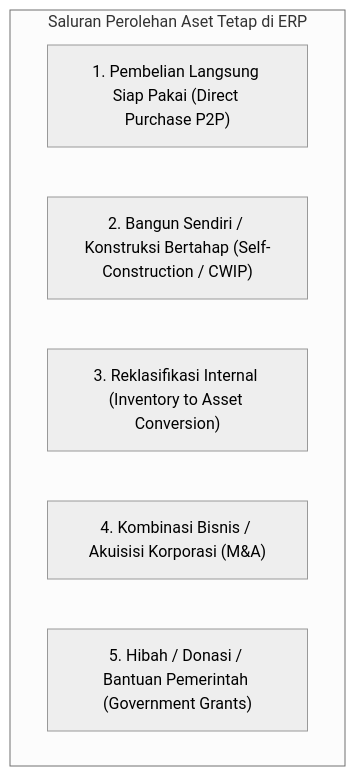
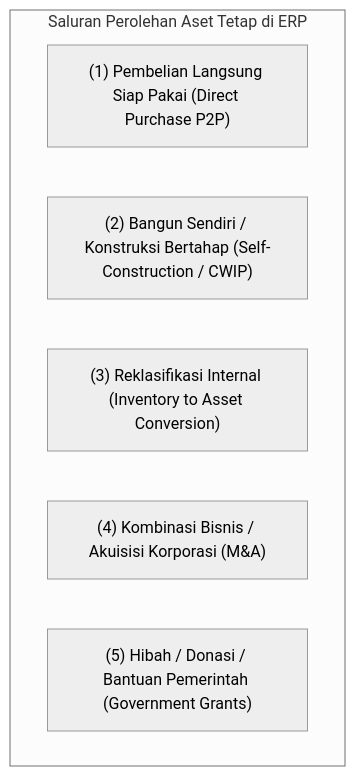
Before and after one commit to alimurrofid/erp-notes: the second of 4 diagrams in content/08-assets/asset-acquisition-and-capitalization.md, drawn with Mermaid (neutral theme). The commit also changed other lines of this file and 132 other files, not shown here.

````diff
--- a/content/08-assets/asset-acquisition-and-capitalization.md
+++ b/content/08-assets/asset-acquisition-and-capitalization.md
@@ -41,10 +41,10 @@
 ```mermaid
 graph TD
     subgraph AcquisitionChannels["Saluran Perolehan Aset Tetap di ERP"]
-        Ch1["1. Pembelian Langsung Siap Pakai (Direct Purchase P2P)"]
-        Ch2["2. Bangun Sendiri / Konstruksi Bertahap (Self-Construction / CWIP)"]
-        Ch3["3. Reklasifikasi Internal (Inventory to Asset Conversion)"]
-        Ch4["4. Kombinasi Bisnis / Akuisisi Korporasi (M&A)"]
-        Ch5["5. Hibah / Donasi / Bantuan Pemerintah (Government Grants)"]
+        Ch1["(1) Pembelian Langsung Siap Pakai (Direct Purchase P2P)"]
+        Ch2["(2) Bangun Sendiri / Konstruksi Bertahap (Self-Construction / CWIP)"]
+        Ch3["(3) Reklasifikasi Internal (Inventory to Asset Conversion)"]
+        Ch4["(4) Kombinasi Bisnis / Akuisisi Korporasi (M&A)"]
+        Ch5["(5) Hibah / Donasi / Bantuan Pemerintah (Government Grants)"]
     end
 ```
````
